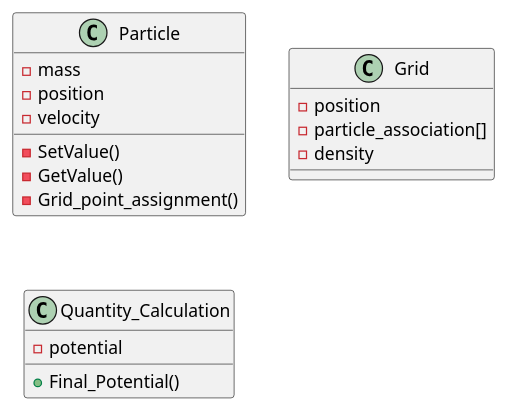
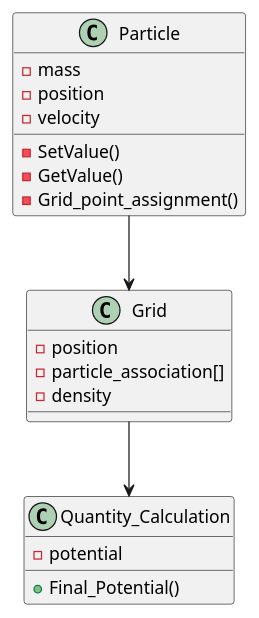
The diagram in uml_diagram.puml (brigettesegovia/NERS570_NFW_Final_Project), drawn with PlantUML before and after one commit.

Commit message:
Added to the diagram

```diff
--- a/uml_diagram.puml
+++ b/uml_diagram.puml
@@ -1,21 +1,24 @@
 @startuml
 
 class Particle
 Particle : - mass
 Particle : - position
 Particle : - velocity
 Particle : - SetValue()
 Particle : - GetValue()
 Particle : - Grid_point_assignment()
 
 class Grid
 Grid : - position
 Grid : - particle_association[]
 Grid : - density
 
 class Quantity_Calculation
 Quantity_Calculation : - potential
 '
 Quantity_Calculation : + Final_Potential()
 
+Particle --> Grid
+Grid --> Quantity_Calculation
+
 @enduml
```
